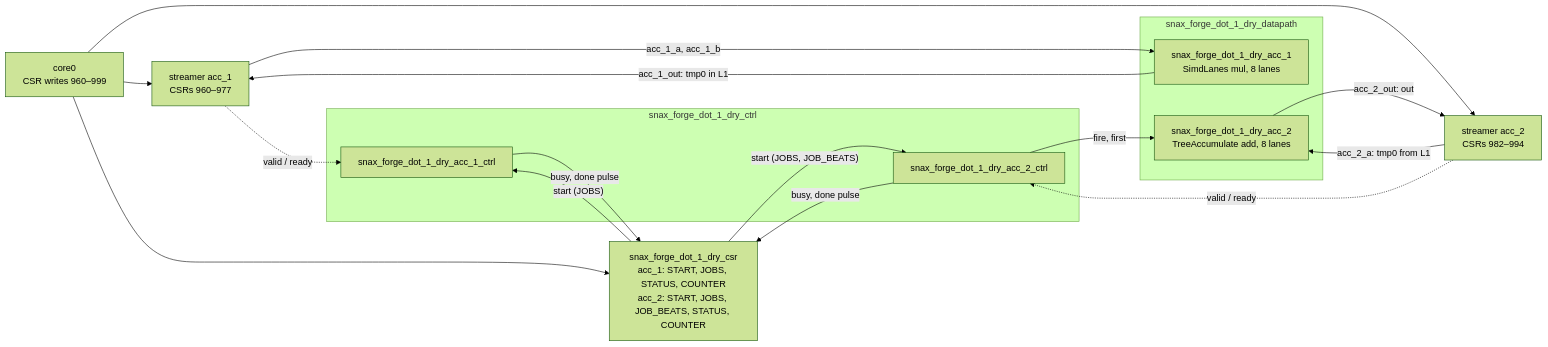
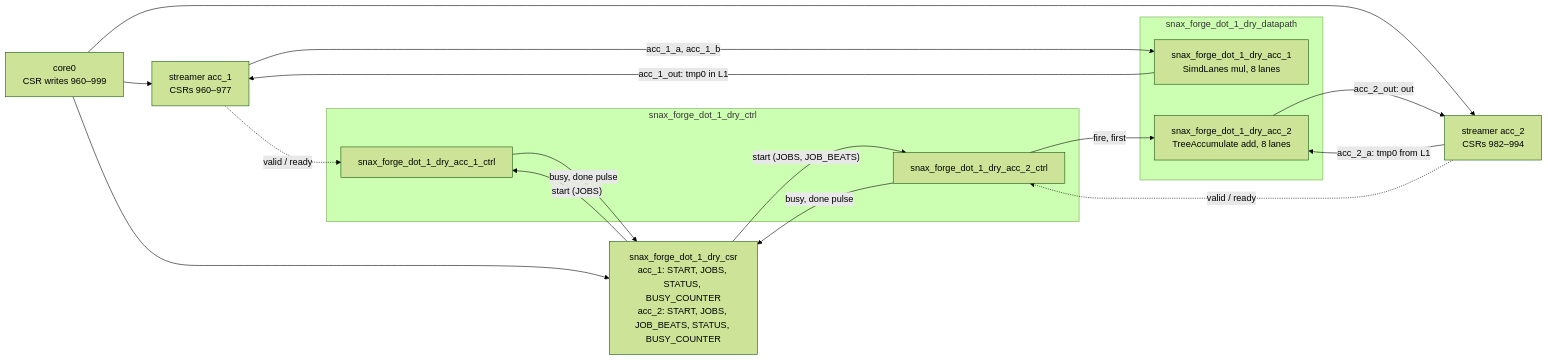
Before and after one commit to KULeuven-MICAS/snax-forge: the diagram in examples/dryrun/2_dot_1.md, drawn with Mermaid (forest theme). The commit also changed other lines of this file and 113 other files, not shown here.

First line of the commit message:
CTRL2: settings live in the csr, a leaner control unit, BUSY_COUNTER in <tag>_peripherals (D168) (#63)

````diff
--- a/examples/dryrun/2_dot_1.md
+++ b/examples/dryrun/2_dot_1.md
@@ -373,25 +373,25 @@
 ```mermaid
 flowchart LR
   core["core0<br/>CSR writes 960–999"] --> svm["streamer acc_1<br/>CSRs 960–977"]
   core --> svs["streamer acc_2<br/>CSRs 982–994"]
-  core --> csr["snax_forge_dot_1_dry_csr<br/>acc_1: START, JOBS, STATUS, COUNTER<br/>acc_2: START, JOBS, JOB_BEATS, STATUS, COUNTER"]
+  core --> csr["snax_forge_dot_1_dry_csr<br/>acc_1: START, JOBS, STATUS, BUSY_COUNTER<br/>acc_2: START, JOBS, JOB_BEATS, STATUS, BUSY_COUNTER"]
   subgraph ctrl["snax_forge_dot_1_dry_ctrl"]
     c1["snax_forge_dot_1_dry_acc_1_ctrl"]
     c2["snax_forge_dot_1_dry_acc_2_ctrl"]
   end
   subgraph dp["snax_forge_dot_1_dry_datapath"]
     d1["snax_forge_dot_1_dry_acc_1<br/>SimdLanes mul, 8 lanes"]
     d2["snax_forge_dot_1_dry_acc_2<br/>TreeAccumulate add, 8 lanes"]
   end
   csr -- "start (JOBS)" --> c1
   csr -- "start (JOBS, JOB_BEATS)" --> c2
   c1 -- "busy, done pulse" --> csr
   c2 -- "busy, done pulse" --> csr
   svm -- "acc_1_a, acc_1_b" --> d1
   d1 -- "acc_1_out: tmp0 in L1" --> svm
   svs -- "acc_2_a: tmp0 from L1" --> d2
   d2 -- "acc_2_out: out" --> svs
   svm -. "valid / ready" .-> c1
   svs -. "valid / ready" .-> c2
   c2 -- "fire, first" --> d2
 ```
````
